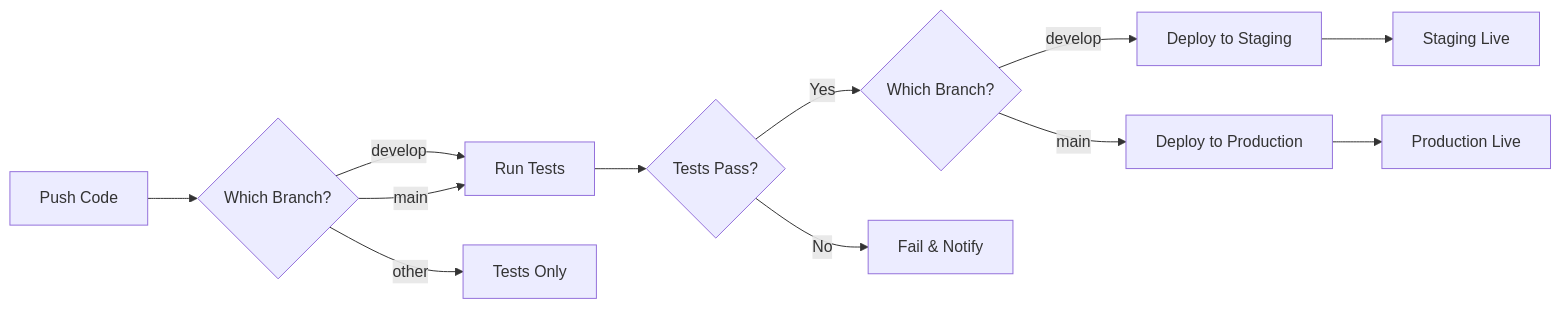
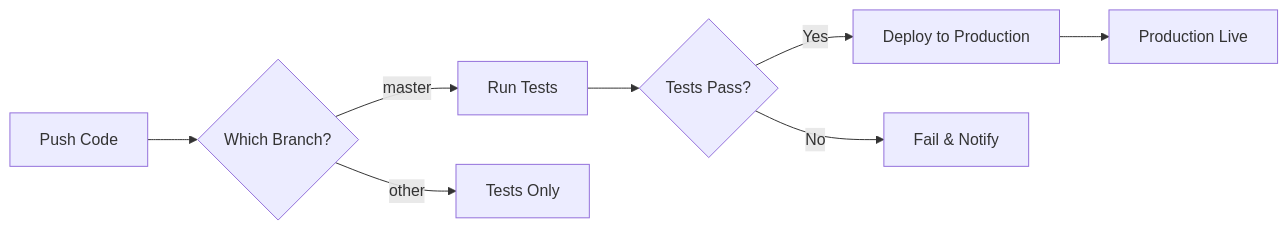
One commit to equityengineer9659-fight/FNF changed the diagram in docs/CICD_SETUP.md. Above: the diagram before and after it, drawn with Mermaid. The commit also changed other lines of this file and 24 other files, not shown here.

````diff
--- a/docs/CICD_SETUP.md
+++ b/docs/CICD_SETUP.md
@@ -172,14 +165,10 @@
 ```mermaid
 graph LR
     A[Push Code] --> B{Which Branch?}
-    B -->|develop| C[Run Tests]
-    B -->|main| C
+    B -->|master| C[Run Tests]
     B -->|other| D[Tests Only]
     C --> E{Tests Pass?}
-    E -->|Yes| F{Which Branch?}
+    E -->|Yes| F[Deploy to Production]
     E -->|No| G[Fail & Notify]
-    F -->|develop| H[Deploy to Staging]
-    F -->|main| I[Deploy to Production]
-    H --> J[Staging Live]
-    I --> K[Production Live]
+    F --> H[Production Live]
 ```
````
